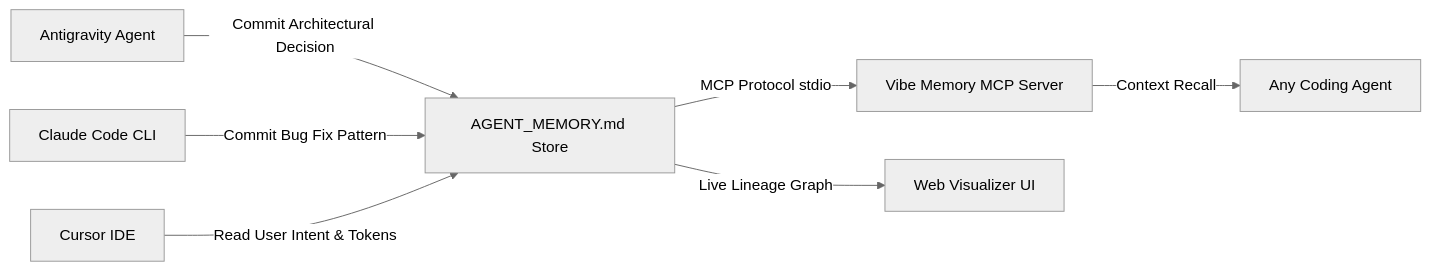
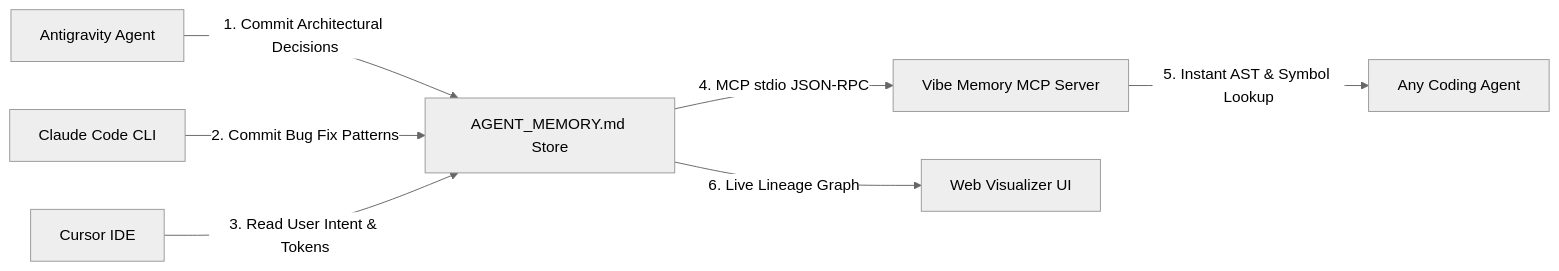
One commit to shahrukh-hack/vibe-memory changed the diagram in README.md. Above: the diagram before and after it, drawn with Mermaid (neutral theme). The commit also changed other lines of this file, not shown here.

Commit message:
docs: complete comprehensive guide covering dual-engine architecture, MCP setup, token savings, and handoffs

````diff
--- a/README.md
+++ b/README.md
@@ -39,9 +61,9 @@
 ```mermaid
 graph LR
-    A[Antigravity Agent] -->|Commit Architectural Decision| M[AGENT_MEMORY.md Store]
-    B[Claude Code CLI] -->|Commit Bug Fix Pattern| M
-    C[Cursor IDE] -->|Read User Intent & Tokens| M
-    M -->|MCP Protocol stdio| D[Vibe Memory MCP Server]
-    D -->|Context Recall| E[Any Coding Agent]
-    M -->|Live Lineage Graph| F[Web Visualizer UI]
+    A[Antigravity Agent] -->|1. Commit Architectural Decisions| M[AGENT_MEMORY.md Store]
+    B[Claude Code CLI] -->|2. Commit Bug Fix Patterns| M
+    C[Cursor IDE] -->|3. Read User Intent & Tokens| M
+    M -->|4. MCP stdio JSON-RPC| D[Vibe Memory MCP Server]
+    D -->|5. Instant AST & Symbol Lookup| E[Any Coding Agent]
+    M -->|6. Live Lineage Graph| F[Web Visualizer UI]
 ```
````
